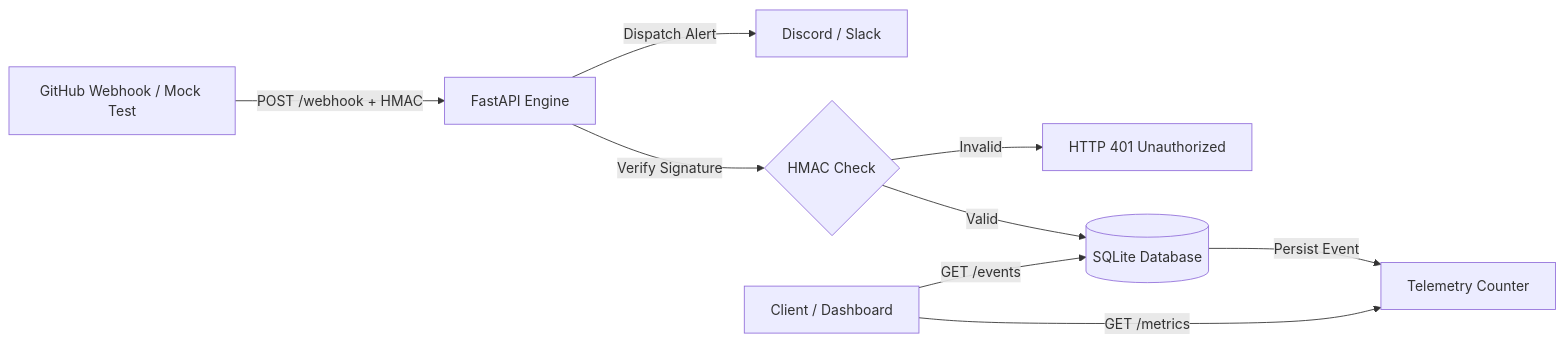
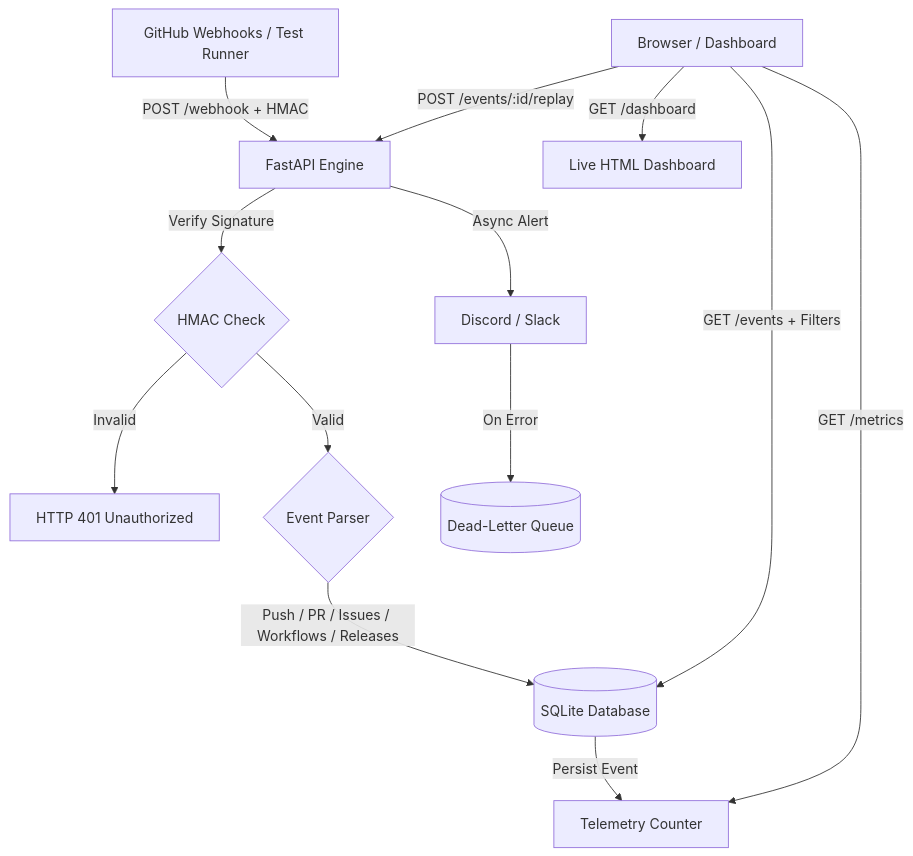
The diagram in README.md (anikanandish/gitpulse-engine), drawn with Mermaid before and after one commit. The commit also changed other lines of this file and 2 other files, not shown here.

Commit message:
feat: add real-time web dashboard UI and update documentation

````diff
--- a/README.md
+++ b/README.md
@@ -31,11 +33,17 @@
 ```mermaid
-flowchart LR
-    GH[GitHub Webhook / Mock Test] -->|POST /webhook + HMAC| API[FastAPI Engine]
+flowchart TD
+    GH[GitHub Webhooks / Test Runner] -->|POST /webhook + HMAC| API[FastAPI Engine]
     API -->|Verify Signature| SEC{HMAC Check}
-    SEC -->|Valid| DB[(SQLite Database)]
     SEC -->|Invalid| REJ[HTTP 401 Unauthorized]
+    SEC -->|Valid| ROUTE{Event Parser}
+    
+    ROUTE -->|Push / PR / Issues / Workflows / Releases| DB[(SQLite Database)]
     DB -->|Persist Event| MET[Telemetry Counter]
-    API -->|Dispatch Alert| NOTIF[Discord / Slack]
-    CLIENT[Client / Dashboard] -->|GET /metrics| MET
-    CLIENT -->|GET /events| DB
+    API -->|Async Alert| NOTIF[Discord / Slack]
+    NOTIF -->|On Error| DLQ[(Dead-Letter Queue)]
+    
+    CLIENT[Browser / Dashboard] -->|GET /dashboard| DASH[Live HTML Dashboard]
+    CLIENT -->|GET /metrics| MET
+    CLIENT -->|GET /events + Filters| DB
+    CLIENT -->|POST /events/:id/replay| API
 ```
````
